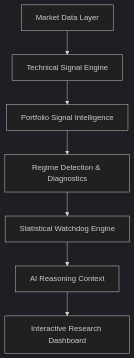
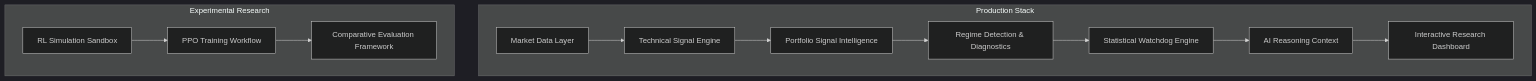
One commit to Archisman-NC/AlphaTrace changed the diagram in README.md. Above: the diagram before and after it, drawn with Mermaid (dark theme). The commit also changed other lines of this file and 81 other files, not shown here.

````diff
--- a/README.md
+++ b/README.md
@@ -9,9 +9,16 @@
 ```mermaid
 graph TD
-    A[Market Data Layer] --> B[Technical Signal Engine]
-    B --> C[Portfolio Signal Intelligence]
-    C --> D[Regime Detection & Diagnostics]
-    D --> E[Statistical Watchdog Engine]
-    E --> F[AI Reasoning Context]
-    F --> G[Interactive Research Dashboard]
+    subgraph Production Stack
+        A[Market Data Layer] --> B[Technical Signal Engine]
+        B --> C[Portfolio Signal Intelligence]
+        C --> D[Regime Detection & Diagnostics]
+        D --> E[Statistical Watchdog Engine]
+        E --> F[AI Reasoning Context]
+        F --> G[Interactive Research Dashboard]
+    end
+
+    subgraph Experimental Research
+        H[RL Simulation Sandbox] --> I[PPO Training Workflow]
+        I --> J[Comparative Evaluation Framework]
+    end
 ```
````
